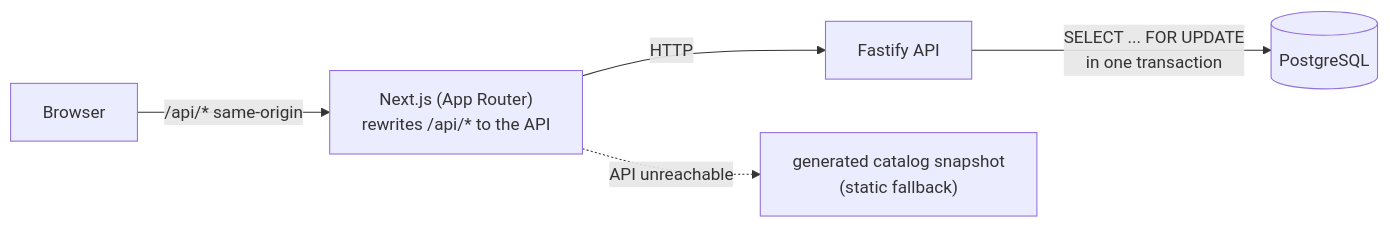
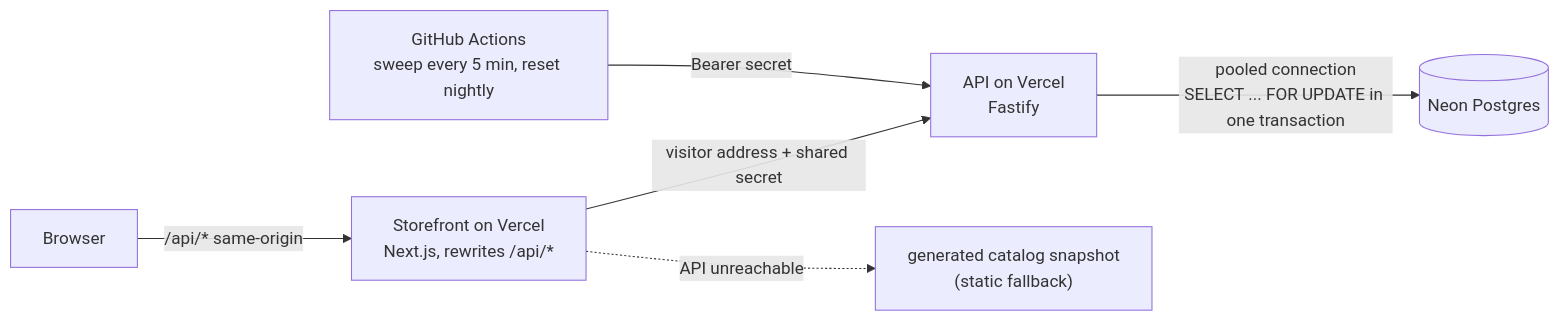
One commit to alieldeenahmed/Freyya changed the first of 2 diagrams in README.md. Above: the diagram before and after it, drawn with Mermaid. The commit also changed other lines of this file and 12 other files, not shown here.

````diff
--- a/README.md
+++ b/README.md
@@ -101,7 +112,8 @@
 ```mermaid
 flowchart LR
-  Browser -->|"/api/* same-origin"| Next["Next.js (App Router)\nrewrites /api/* to the API"]
-  Next -->|"HTTP"| API["Fastify API"]
-  API -->|"SELECT ... FOR UPDATE\nin one transaction"| DB[("PostgreSQL")]
-  Next -.->|"API unreachable"| Snapshot["generated catalog snapshot\n(static fallback)"]
+  Browser -->|"/api/* same-origin"| Web["Storefront on Vercel\nNext.js, rewrites /api/*"]
+  Web -->|"visitor address + shared secret"| API["API on Vercel\nFastify"]
+  API -->|"pooled connection\nSELECT ... FOR UPDATE in one transaction"| DB[("Neon Postgres")]
+  GH["GitHub Actions\nsweep every 5 min, reset nightly"] -->|"Bearer secret"| API
+  Web -.->|"API unreachable"| Snapshot["generated catalog snapshot\n(static fallback)"]
 ```
````
